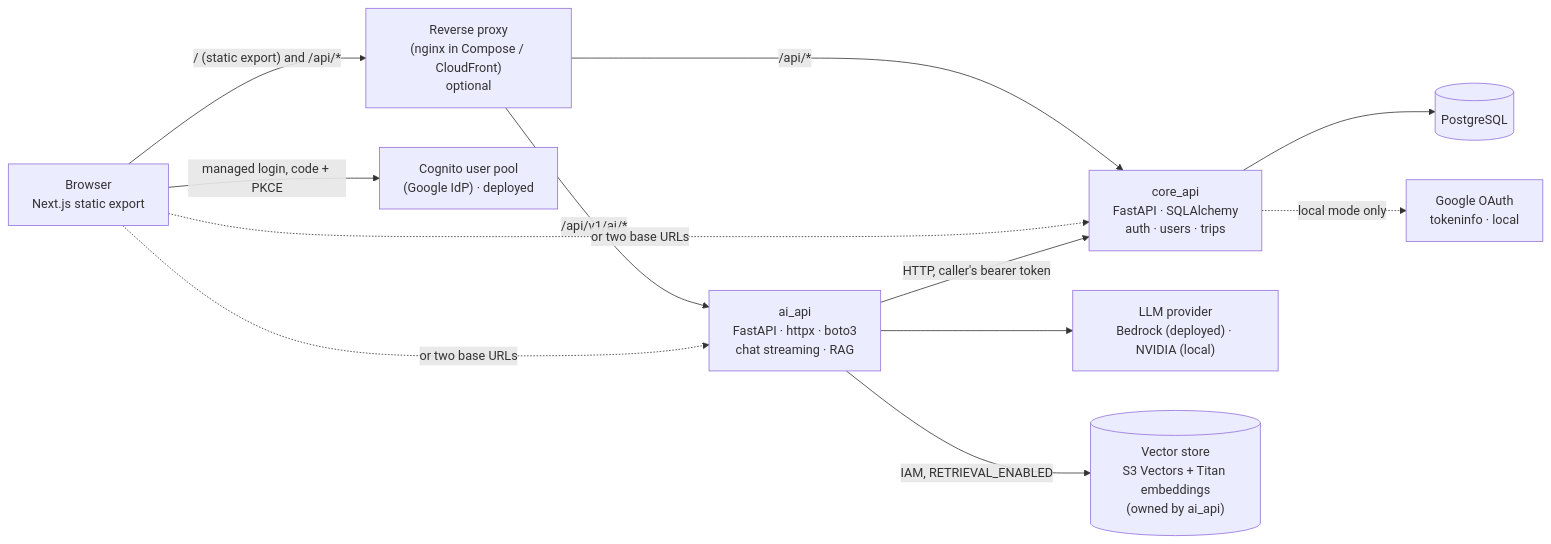
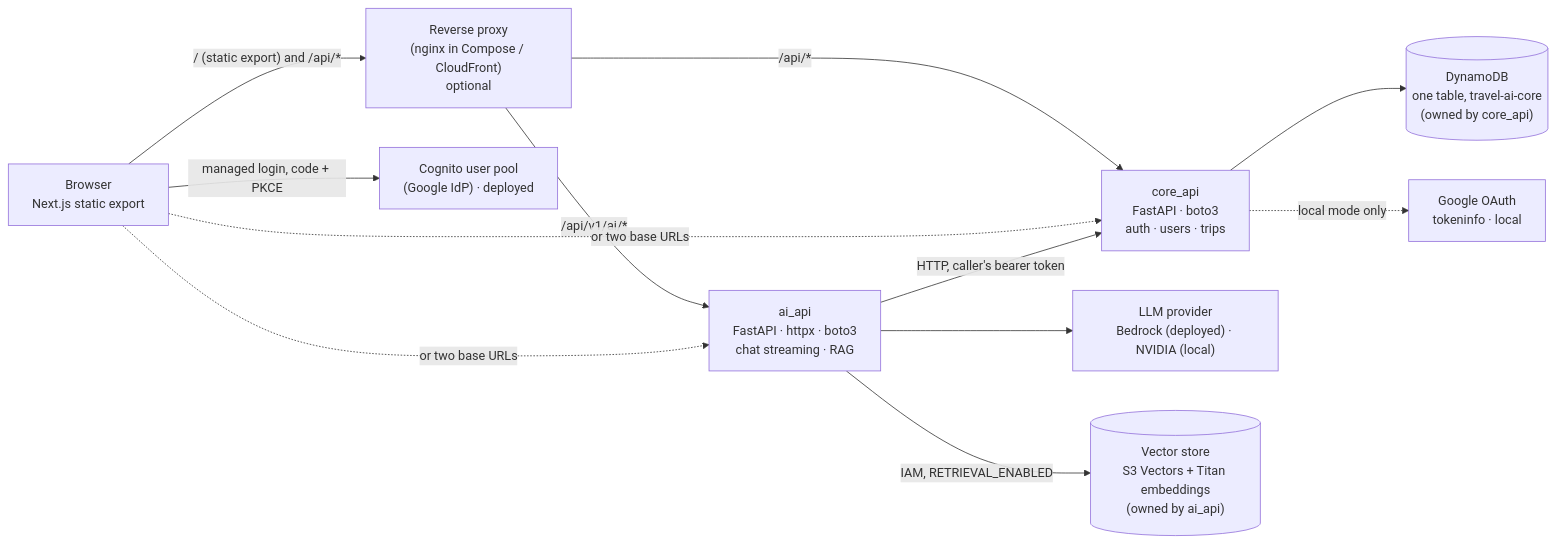
Before and after one commit to alexdesousa7/travel-ai-world: the first of 5 diagrams in docs/architecture/overview.md, drawn with Mermaid. The commit also changed other lines of this file and 123 other files, not shown here.

First line of the commit message:
feat(core_api): DynamoDB single-table storage, copy-from-postgres replaces migrations (TRA-217) (#180)

````diff
--- a/docs/architecture/overview.md
+++ b/docs/architecture/overview.md
@@ -8,24 +8,24 @@
 ```mermaid
 flowchart LR
     Browser["Browser<br/>Next.js static export"]
     Proxy["Reverse proxy<br/>(nginx in Compose / CloudFront)<br/>optional"]
-    Core["core_api<br/>FastAPI · SQLAlchemy<br/>auth · users · trips"]
+    Core["core_api<br/>FastAPI · boto3<br/>auth · users · trips"]
     AI["ai_api<br/>FastAPI · httpx · boto3<br/>chat streaming · RAG"]
-    PG[("PostgreSQL")]
+    DDB[("DynamoDB<br/>one table, travel-ai-core<br/>(owned by core_api)")]
     Cognito["Cognito user pool<br/>(Google IdP) · deployed"]
     Google["Google OAuth<br/>tokeninfo · local"]
     NVIDIA["LLM provider<br/>Bedrock (deployed) · NVIDIA (local)"]
     Vec[("Vector store<br/>S3 Vectors + Titan embeddings<br/>(owned by ai_api)")]
 
     Browser -->|"/ (static export) and /api/*"| Proxy
     Proxy -->|"/api/v1/ai/*"| AI
     Proxy -->|"/api/*"| Core
     Browser -. "or two base URLs" .-> Core
     Browser -. "or two base URLs" .-> AI
     Browser -->|"managed login, code + PKCE"| Cognito
-    Core --> PG
+    Core --> DDB
     Core -. "local mode only" .-> Google
     AI --> NVIDIA
     AI -->|"IAM, RETRIEVAL_ENABLED"| Vec
     AI -->|"HTTP, caller's bearer token"| Core
 ```
````
